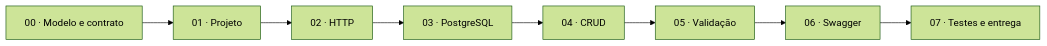
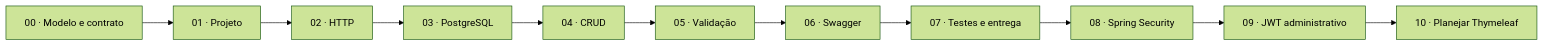
The diagram in README.md (e24Dev/CaixaDeSugestoes), drawn with Mermaid (forest theme) before and after one commit. The commit also changed other lines of this file and 7 other files, not shown here.

Commit message:
docs: synchronize security lessons and validated diagrams

````diff
--- a/README.md
+++ b/README.md
@@ -21,10 +22,13 @@
 ```mermaid
 flowchart LR
     Modelo["00 · Modelo e contrato"] --> Projeto["01 · Projeto"]
     Projeto --> HTTP["02 · HTTP"]
     HTTP --> Banco["03 · PostgreSQL"]
     Banco --> CRUD["04 · CRUD"]
     CRUD --> Erros["05 · Validação"]
     Erros --> Swagger["06 · Swagger"]
     Swagger --> Entrega["07 · Testes e entrega"]
+    Entrega --> Security["08 · Spring Security"]
+    Security --> JWT["09 · JWT administrativo"]
+    JWT --> Web["10 · Planejar Thymeleaf"]
 ```
````
